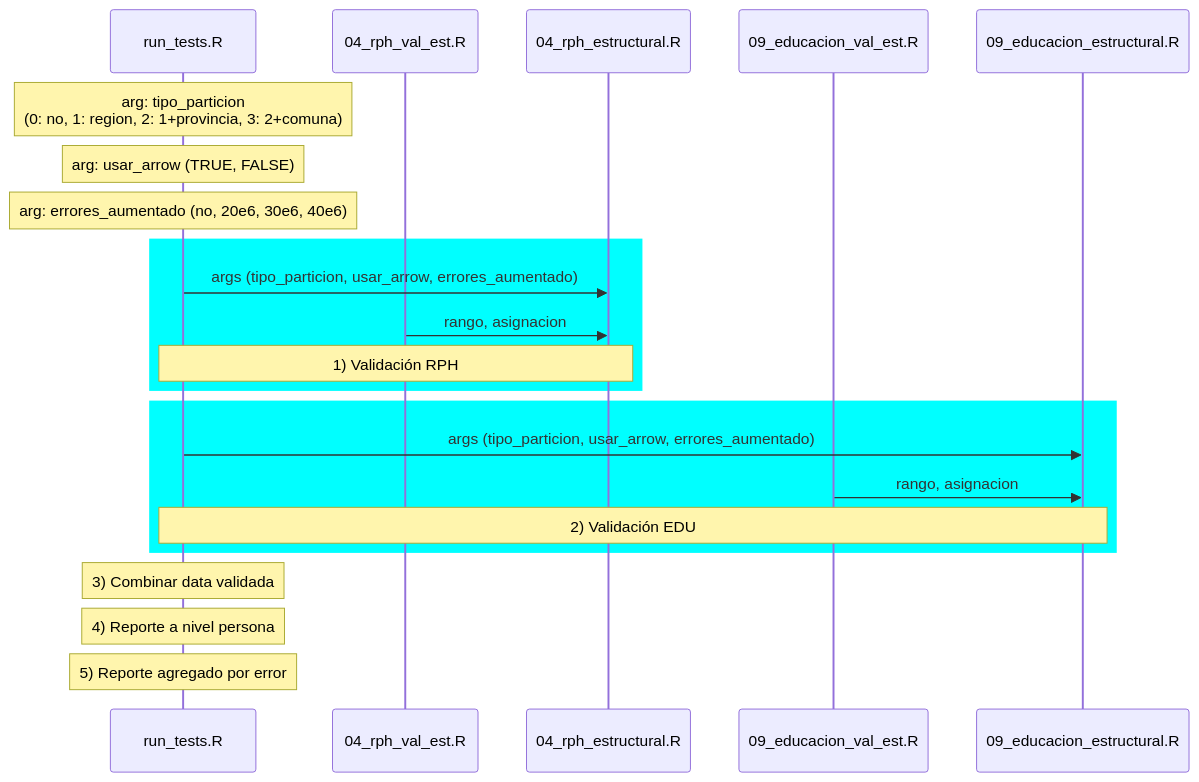
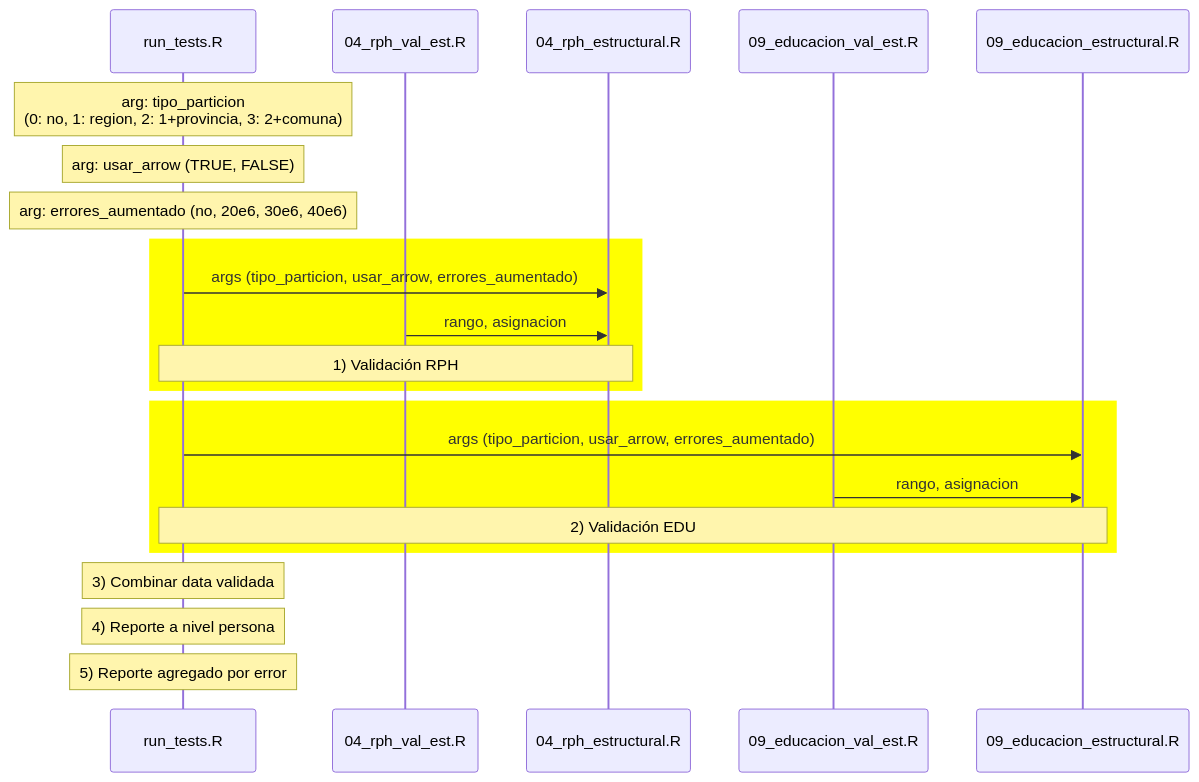
The diagram in README.md (mentoria-censo/eficiencia-censo-validacion), drawn with Mermaid before and after one commit.

Commit message:
se actualizó README

````diff
--- a/README.md
+++ b/README.md
@@ -22,24 +22,24 @@
 ```mermaid
 sequenceDiagram
   participant run as run_tests.R
   participant rph_val as 04_rph_val_est.R  
   participant rph as 04_rph_estructural.R
   participant edu_val as 09_educacion_val_est.R  
   participant edu as 09_educacion_estructural.R
   Note over run: arg: tipo_particion <br> (0: no, 1: region, 2: 1+provincia, 3: 2+comuna) 
   Note over run: arg: usar_arrow (TRUE, FALSE)
   Note over run: arg: errores_aumentado (no, 20e6, 30e6, 40e6)
-  rect rgb(0,255,255)
+  rect rgb(255,255,0)
   run ->> rph: args (tipo_particion, usar_arrow, errores_aumentado)
   rph_val ->> rph: rango, asignacion
   Note over run,rph: 1) Validación RPH
   end
-  rect rgb(0,255,255)
+  rect rgb(255,255,0)
   run ->> edu: args (tipo_particion, usar_arrow, errores_aumentado)
   edu_val ->> edu: rango, asignacion
   Note over run,edu: 2) Validación EDU  
   end
   Note over run: 3) Combinar data validada
   Note over run: 4) Reporte a nivel persona
   Note over run: 5) Reporte agregado por error      
 ```
````
